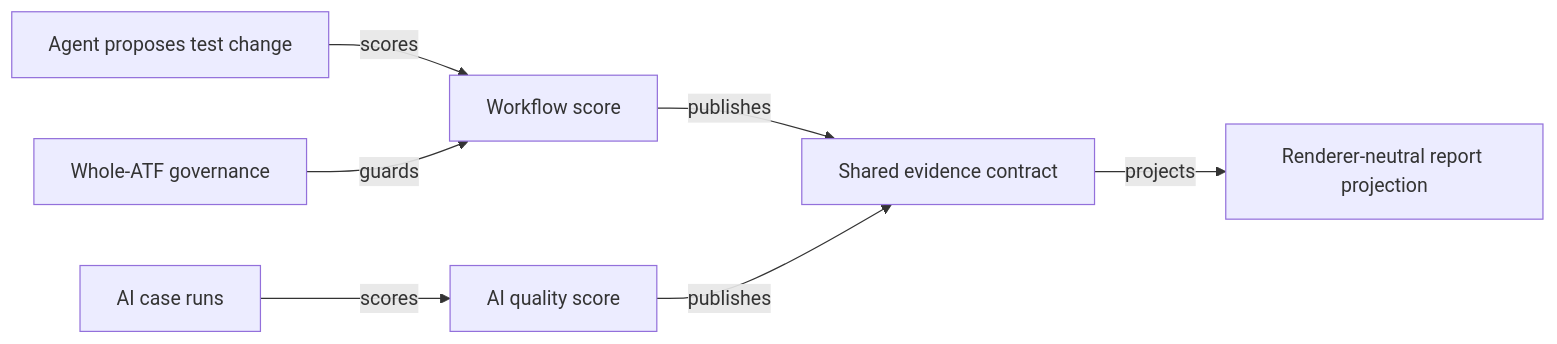
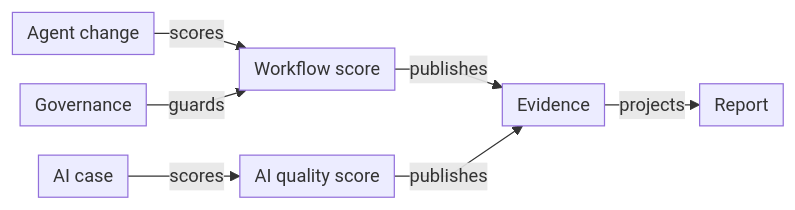
Before and after one commit to crististefanita/atf_j0: the fourth of 5 diagrams in docs/ATF_AI_Evaluation_Design.md, drawn with Mermaid. The commit also changed other lines of this file and 97 other files, not shown here.

````diff
--- a/docs/ATF_AI_Evaluation_Design.md
+++ b/docs/ATF_AI_Evaluation_Design.md
@@ -1415,9 +1458,10 @@
 ```mermaid
+%%{init: {"themeVariables":{"fontSize":"15px"},"themeCSS":".nodeLabel, .nodeLabel p { font-size: 15px !important; line-height: 1.35 !important; } .edgeLabel, .edgeLabel p { font-size: 12px !important; font-weight: 400 !important; line-height: 1.2 !important; } .edgeLabel .labelBkg, .edgeLabel p { background: transparent !important; } .edgeLabel foreignObject { transform: translateY(-18px); overflow: visible; } .node rect { rx: 6px; ry: 6px; } .edgeLabel [data-id=\"L_QualityProof_SharedEvidence_0\"] foreignObject { transform: translate(0px, -28px); }","flowchart":{"curve":"linear","nodeSpacing":24,"rankSpacing":24,"padding":6,"diagramPadding":20}}}%%
 flowchart LR
-    AgentChange[Agent proposes test change] -->|scores| WorkflowProof[Workflow score]
-    AiCase[AI case runs] -->|scores| QualityProof[AI quality score]
-    WorkflowProof -->|publishes| SharedEvidence[Shared evidence contract]
+    AgentChange["Agent change"] -->|scores| WorkflowProof[Workflow score]
+    AiCase["AI case"] -->|scores| QualityProof[AI quality score]
+    WorkflowProof -->|publishes| SharedEvidence["Evidence"]
     QualityProof -->|publishes| SharedEvidence
-    Governance[Whole-ATF governance] -->|guards| WorkflowProof
-    SharedEvidence -->|projects| Report[Renderer-neutral report projection]
+    Governance["Governance"] -->|guards| WorkflowProof
+    SharedEvidence -->|projects| Report["Report"]
 ```
````
